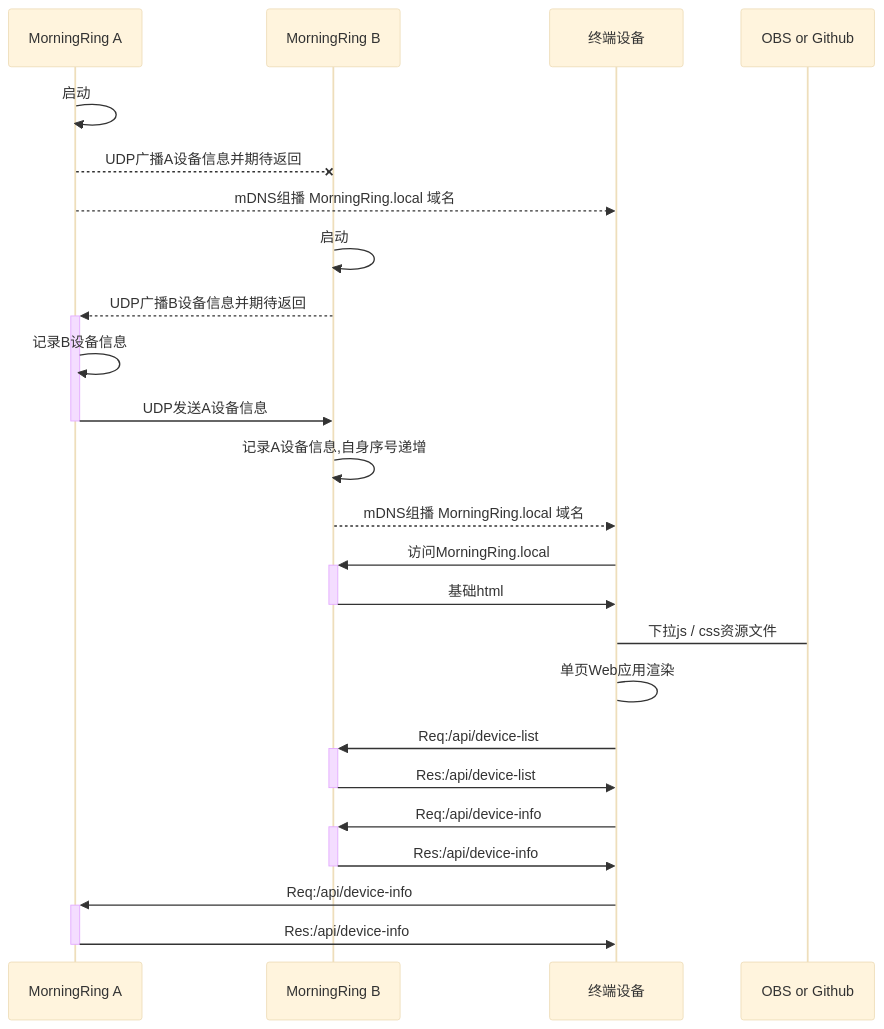
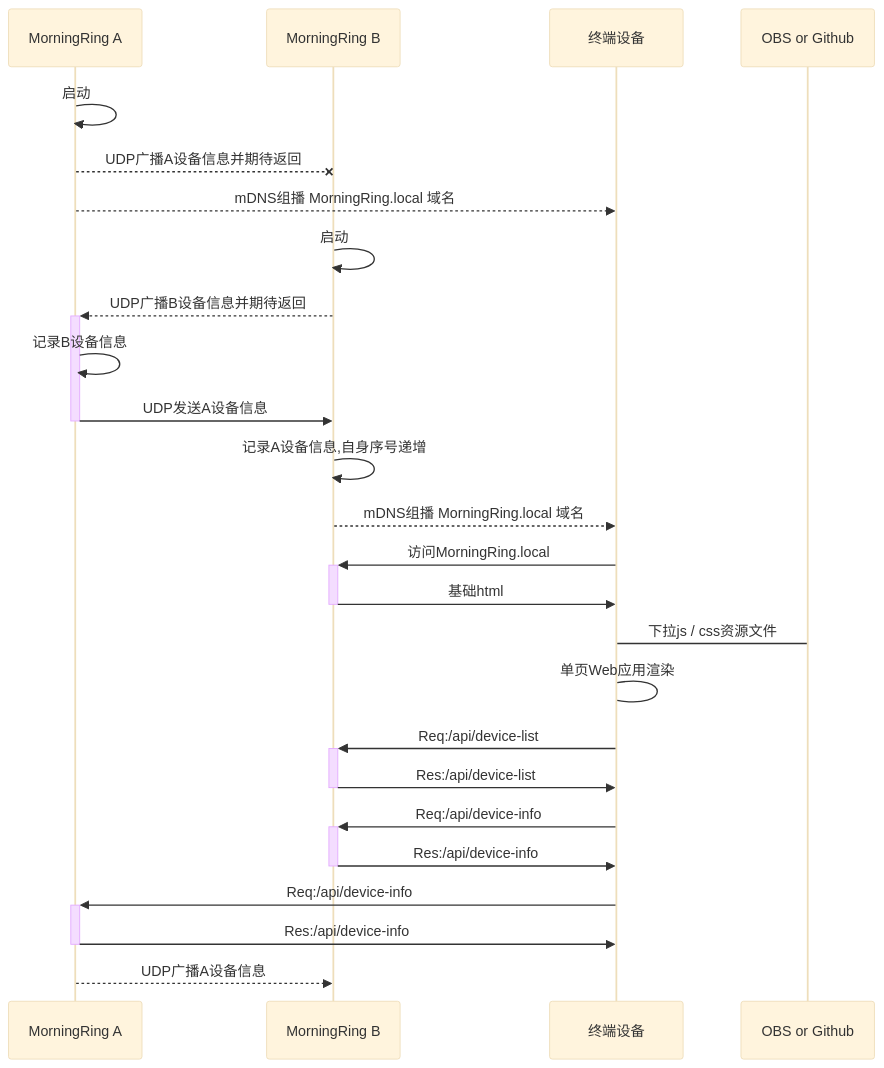
One commit to morningtzh/MorningRing changed the diagram in README.md. Above: the diagram before and after it, drawn with Mermaid (base theme).

Commit message:
多设备交互流程图

````diff
--- a/README.md
+++ b/README.md
@@ -75,22 +75,23 @@
 ``` mermaid
 sequenceDiagram
     MorningRing A->>MorningRing A: 启动
     MorningRing A--xMorningRing B: UDP广播A设备信息并期待返回
     MorningRing A-->>终端设备: mDNS组播 MorningRing.local 域名
     MorningRing B->>MorningRing B: 启动
     MorningRing B-->>+MorningRing A: UDP广播B设备信息并期待返回
     MorningRing A->>MorningRing A: 记录B设备信息
     MorningRing A->>-MorningRing B: UDP发送A设备信息
     MorningRing B->>MorningRing B: 记录A设备信息,自身序号递增
     MorningRing B-->>终端设备: mDNS组播 MorningRing.local 域名
     终端设备->>+MorningRing B:访问MorningRing.local
     MorningRing B->>-终端设备: 基础html
     终端设备->OBS or Github: 下拉js / css资源文件
     终端设备->终端设备: 单页Web应用渲染
     终端设备->>+MorningRing B: Req:/api/device-list
     MorningRing B->>-终端设备: Res:/api/device-list
     终端设备->>+MorningRing B: Req:/api/device-info
     MorningRing B->>-终端设备: Res:/api/device-info
     终端设备->>+MorningRing A: Req:/api/device-info
     MorningRing A->>-终端设备: Res:/api/device-info
+    MorningRing A-->>MorningRing B: UDP广播A设备信息
 ```
````
